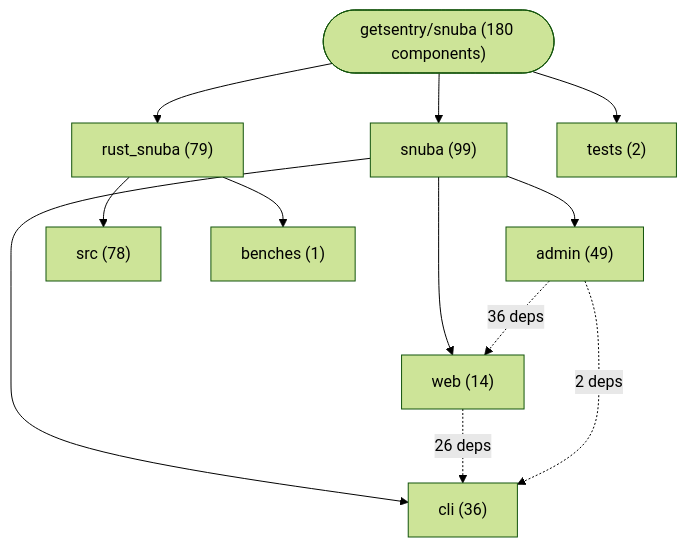
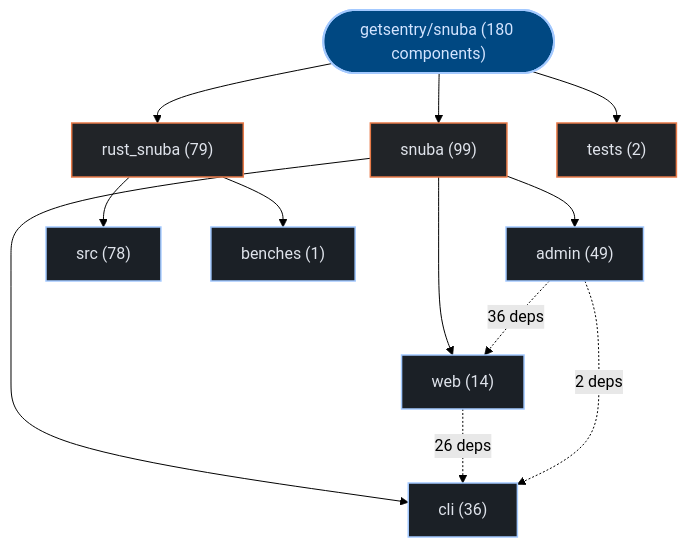
The first of 3 diagrams in exports/latest/reports/getsentry-snuba-report.md (kumarshaz/atruss-code-atlas), drawn with Mermaid (forest theme) before and after one commit. The commit also changed other lines of this file and 331 other files, not shown here.

Commit message:
docs,ui,fix: update SDLC docs, reorder CI/CD DAG first, stylize Mermaid, and fix Arc42 pipeline topology

````diff
--- a/exports/latest/reports/getsentry-snuba-report.md
+++ b/exports/latest/reports/getsentry-snuba-report.md
@@ -42,23 +42,30 @@
 ```mermaid
 graph TD;
-    repo_root(["getsentry/snuba (180 components)"])
-    dir_0_snuba["snuba (99)"]
+  classDef atlasRoot fill:#004882,stroke:#a3c9ff,stroke-width:2px,color:#d3e4ff
+  classDef atlasCategory fill:#212428,stroke:#E87A48,stroke-width:1.5px,color:#dfe3eb
+  classDef atlasWorkflow fill:#1b2026,stroke:#a3c9ff,stroke-width:1.5px,color:#dfe3eb
+  classDef atlasJob fill:#171c22,stroke:#8d9199,stroke-width:1px,color:#dfe3eb
+  classDef atlasTarget fill:#005227,stroke:#8bd99b,stroke-width:1.5px,color:#a7f6b6
+  classDef atlasAlert fill:#93000a,stroke:#ffb4ab,stroke-width:1.5px,color:#ffdad6
+  classDef atlasMore fill:#252a31,stroke:#8d9199,stroke-dasharray:4 4,color:#c3c6cf
+    repo_root(["getsentry/snuba (180 components)"]):::atlasRoot
+    dir_0_snuba["snuba (99)"]:::atlasCategory
     repo_root --> dir_0_snuba
-    sub_0_0_admin["admin (49)"]
+    sub_0_0_admin["admin (49)"]:::atlasWorkflow
     dir_0_snuba --> sub_0_0_admin
-    sub_0_1_cli["cli (36)"]
+    sub_0_1_cli["cli (36)"]:::atlasWorkflow
     dir_0_snuba --> sub_0_1_cli
-    sub_0_2_web["web (14)"]
+    sub_0_2_web["web (14)"]:::atlasWorkflow
     dir_0_snuba --> sub_0_2_web
-    dir_1_rust_snuba["rust_snuba (79)"]
+    dir_1_rust_snuba["rust_snuba (79)"]:::atlasCategory
     repo_root --> dir_1_rust_snuba
-    sub_1_0_src["src (78)"]
+    sub_1_0_src["src (78)"]:::atlasWorkflow
     dir_1_rust_snuba --> sub_1_0_src
-    sub_1_1_benches["benches (1)"]
+    sub_1_1_benches["benches (1)"]:::atlasWorkflow
     dir_1_rust_snuba --> sub_1_1_benches
-    dir_2_tests["tests (2)"]
+    dir_2_tests["tests (2)"]:::atlasCategory
     repo_root --> dir_2_tests
     sub_0_0_admin -.->|"36 deps"| sub_0_2_web
     sub_0_2_web -.->|"26 deps"| sub_0_1_cli
     sub_0_0_admin -.->|"2 deps"| sub_0_1_cli
 ```
````
